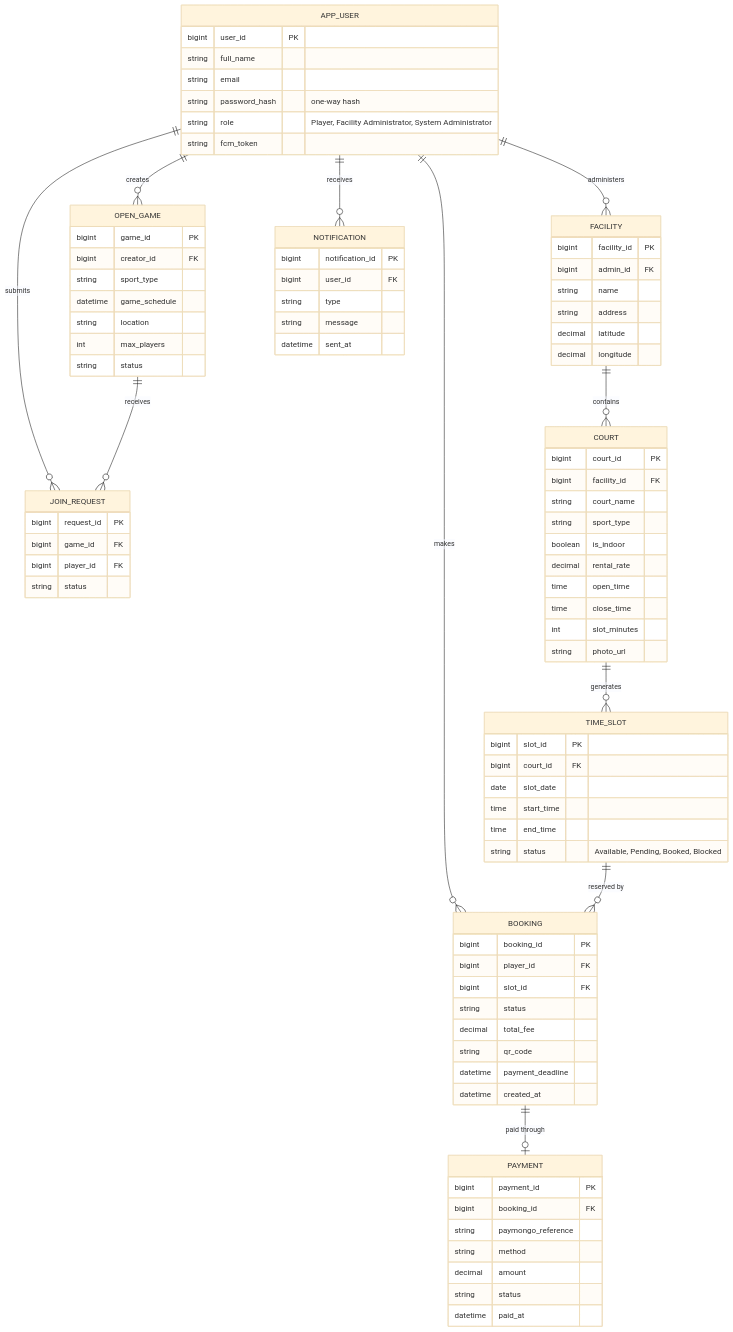
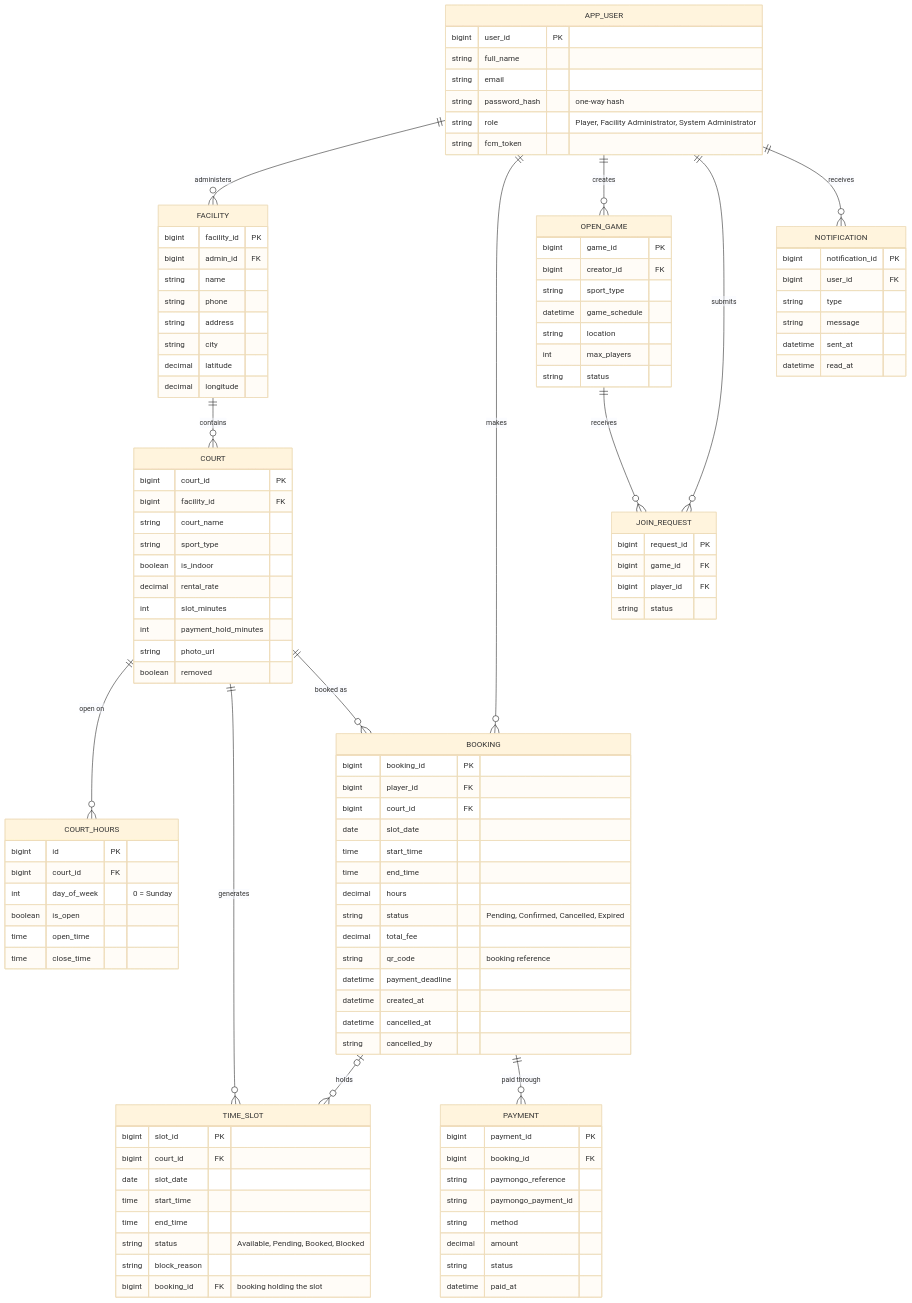
The diagram in docs/ERD.md (John-Ashley1/CourtConnect), drawn with Mermaid (base theme) before and after one commit. The commit also changed other lines of this file and 60 other files, not shown here.

Commit message:
Increment 3: facilities, courts, hours and slots, booking, facility review (steps a-d)

````diff
--- a/docs/ERD.md
+++ b/docs/ERD.md
@@ -11,9 +11,11 @@
     APP_USER ||--o{ JOIN_REQUEST : "submits"
     APP_USER ||--o{ NOTIFICATION : "receives"
     FACILITY ||--o{ COURT : "contains"
+    COURT ||--o{ COURT_HOURS : "open on"
     COURT ||--o{ TIME_SLOT : "generates"
-    TIME_SLOT ||--o{ BOOKING : "reserved by"
-    BOOKING ||--o| PAYMENT : "paid through"
+    COURT ||--o{ BOOKING : "booked as"
+    BOOKING |o--o{ TIME_SLOT : "holds"
+    BOOKING ||--o{ PAYMENT : "paid through"
     OPEN_GAME ||--o{ JOIN_REQUEST : "receives"
 
     APP_USER {
@@ -29,7 +31,9 @@
         bigint facility_id PK
         bigint admin_id FK
         string name
+        string phone
         string address
+        string city
         decimal latitude
         decimal longitude
     }
@@ -41,10 +45,19 @@
         string sport_type
         boolean is_indoor
         decimal rental_rate
+        int slot_minutes
+        int payment_hold_minutes
+        string photo_url
+        boolean removed
+    }
+
+    COURT_HOURS {
+        bigint id PK
+        bigint court_id FK
+        int day_of_week "0 = Sunday"
+        boolean is_open
         time open_time
         time close_time
-        int slot_minutes
-        string photo_url
     }
 
     TIME_SLOT {
@@ -54,23 +67,32 @@
         time start_time
         time end_time
         string status "Available, Pending, Booked, Blocked"
+        string block_reason
+        bigint booking_id FK "booking holding the slot"
     }
 
     BOOKING {
         bigint booking_id PK
         bigint player_id FK
-        bigint slot_id FK
-        string status
+        bigint court_id FK
+        date slot_date
+        time start_time
+        time end_time
+        decimal hours
+        string status "Pending, Confirmed, Cancelled, Expired"
         decimal total_fee
-        string qr_code
+        string qr_code "booking reference"
         datetime payment_deadline
         datetime created_at
+        datetime cancelled_at
+        string cancelled_by
     }
 
     PAYMENT {
         bigint payment_id PK
         bigint booking_id FK
         string paymongo_reference
+        string paymongo_payment_id
         string method
         decimal amount
         string status
@@ -100,5 +122,6 @@
         string type
         string message
         datetime sent_at
+        datetime read_at
     }
 ```
````
